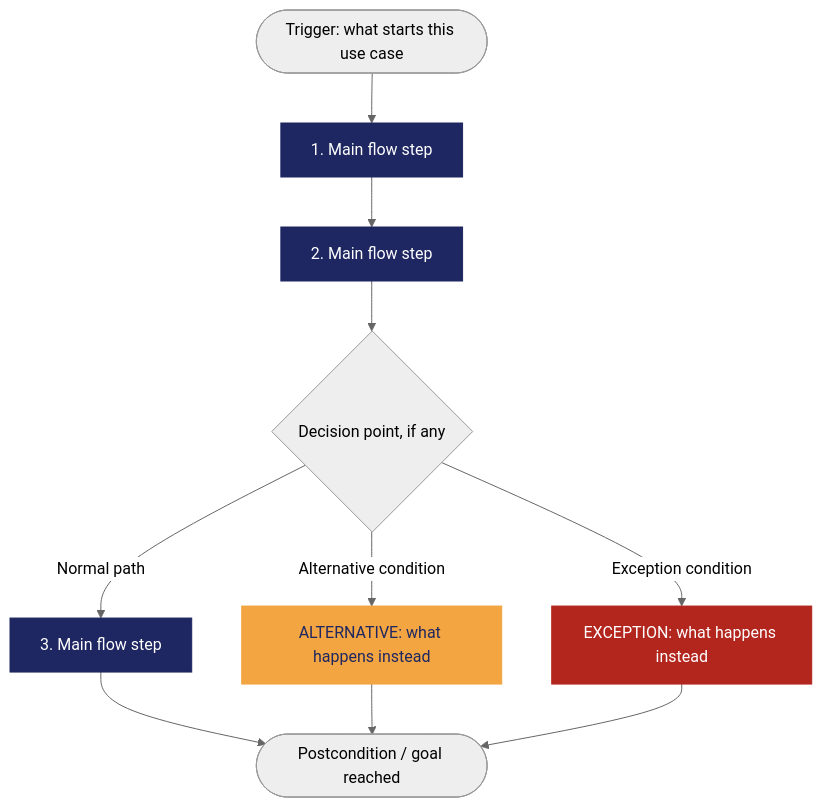
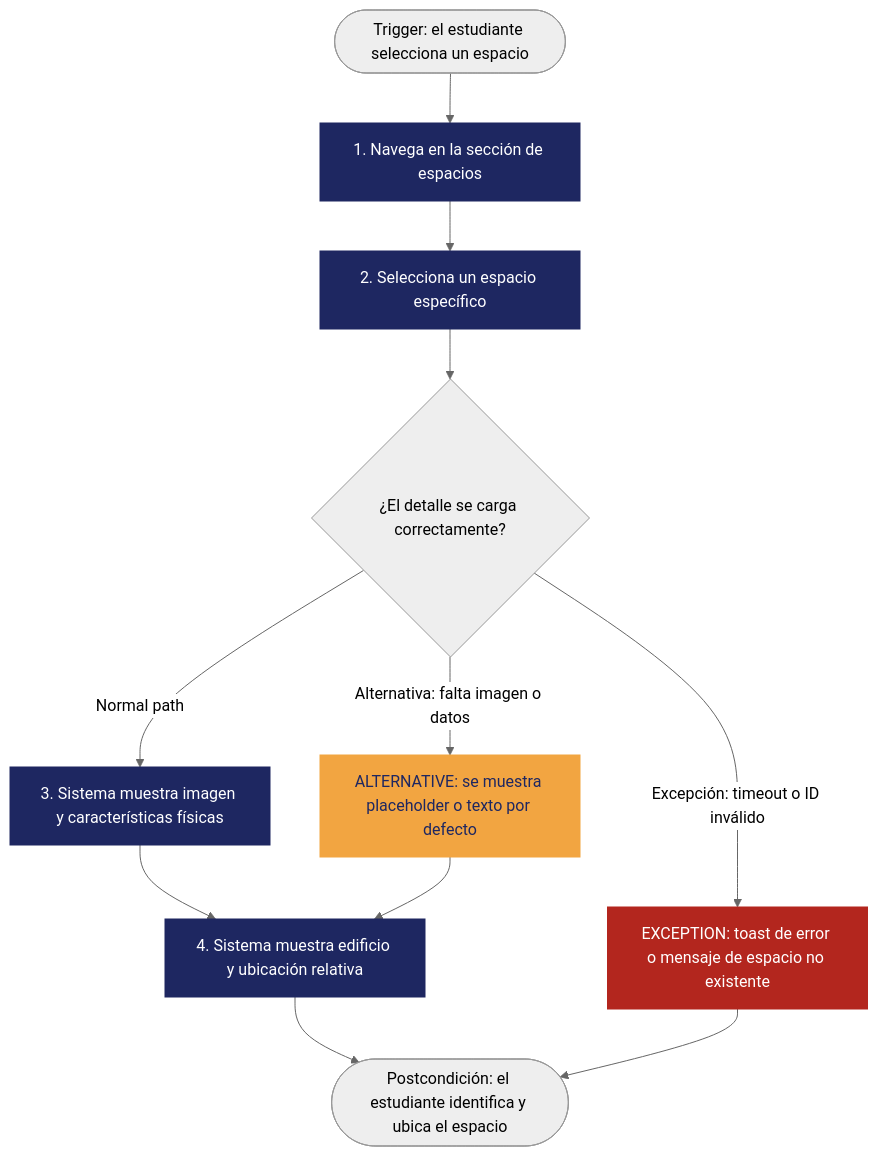
The diagram in Requirement_Template.md (oscarmedina0116/proyecto_ingesoft), drawn with Mermaid (neutral theme) before and after one commit. The commit also changed other lines of this file, not shown here.

````diff
--- a/Requirement_Template.md
+++ b/Requirement_Template.md
@@ -140,19 +172,20 @@
 ```mermaid
 flowchart TD
-    A([Trigger: what starts this use case]) --> B["1. Main flow step"]
-    B --> C["2. Main flow step"]
-    C --> D{"Decision point, if any"}
-    D -- "Normal path" --> G["3. Main flow step"]
-    G --> H(["Postcondition / goal reached"])
-    D -- "Alternative condition" --> E["ALTERNATIVE: what happens instead"]
-    E --> H
-    D -- "Exception condition" --> F["EXCEPTION: what happens instead"]
+    A([Trigger: el estudiante selecciona un espacio]) --> B["1. Navega en la sección de espacios"]
+    B --> C["2. Selecciona un espacio específico"]
+    C --> D{"¿El detalle se carga correctamente?"}
+    D -- "Normal path" --> G["3. Sistema muestra imagen y características físicas"]
+    G --> I["4. Sistema muestra edificio y ubicación relativa"]
+    I --> H(["Postcondición: el estudiante identifica y ubica el espacio"])
+    D -- "Alternativa: falta imagen o datos" --> E["ALTERNATIVE: se muestra placeholder o texto por defecto"]
+    E --> I
+    D -- "Excepción: timeout o ID inválido" --> F["EXCEPTION: toast de error o mensaje de espacio no existente"]
     F --> H
 
     classDef mainflow fill:#1E2761,color:#ffffff,stroke:#1E2761;
     classDef alt fill:#F2A541,color:#1E2761,stroke:#F2A541;
     classDef exception fill:#B3261E,color:#ffffff,stroke:#B3261E;
-    class B,C,G mainflow;
+    class B,C,G,I mainflow;
     class E alt;
     class F exception;
 ```
````
